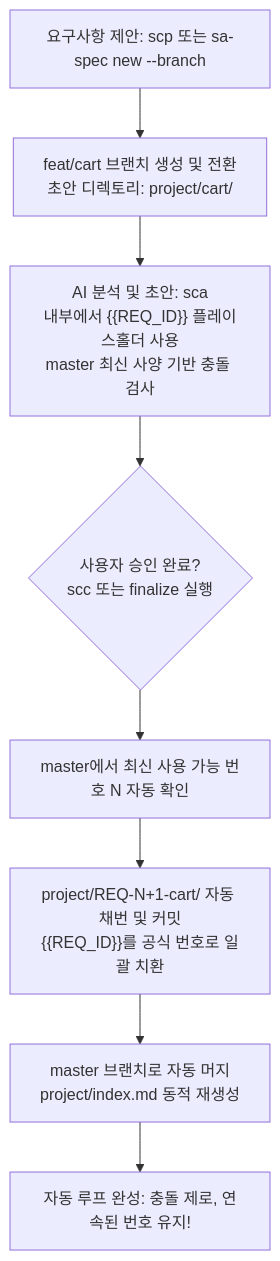
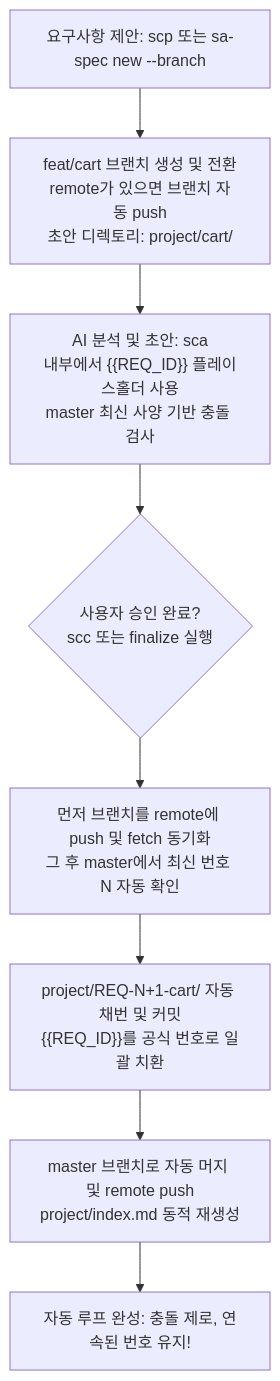
One commit to lovius215/ai_spec changed the diagram in README.ko.md. Above: the diagram before and after it, drawn with Mermaid. The commit also changed other lines of this file and 12 other files, not shown here.

Commit message:
feat: 支援 Git Remote 自動推送鐵律 (scp/scc) 與 v0.2.6 定版

````diff
--- a/README.ko.md
+++ b/README.ko.md
@@ -103,10 +103,10 @@
 ```mermaid
 flowchart TD
-    A["요구사항 제안: scp 또는 sa-spec new --branch"] --> B["feat/cart 브랜치 생성 및 전환<br/>초안 디렉토리: project/cart/"]
+    A["요구사항 제안: scp 또는 sa-spec new --branch"] --> B["feat/cart 브랜치 생성 및 전환<br/>remote가 있으면 브랜치 자동 push<br/>초안 디렉토리: project/cart/"]
     B --> C["AI 분석 및 초안: sca<br/>내부에서 {{REQ_ID}} 플레이스홀더 사용<br/>master 최신 사양 기반 충돌 검사"]
     C --> D{"사용자 승인 완료?<br/>scc 또는 finalize 실행"}
-    D --> E["master에서 최신 사용 가능 번호 N 자동 확인"]
+    D --> E["먼저 브랜치를 remote에 push 및 fetch 동기화<br/>그 후 master에서 최신 번호 N 자동 확인"]
     E --> F["project/REQ-N+1-cart/ 자동 채번 및 커밋<br/>{{REQ_ID}}를 공식 번호로 일괄 치환"]
-    F --> G["master 브랜치로 자동 머지<br/>project/index.md 동적 재생성"]
+    F --> G["master 브랜치로 자동 머지 및 remote push<br/>project/index.md 동적 재생성"]
     G --> H["자동 루프 완성: 충돌 제로, 연속된 번호 유지!"]
 ```
````
